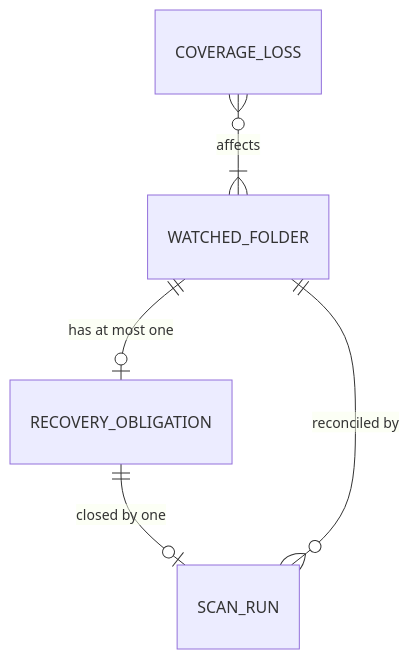
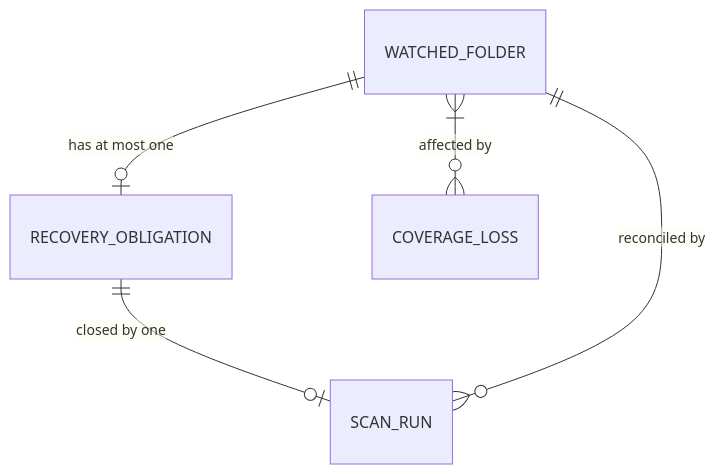
The second of 2 diagrams in docs/specs/2026-11-04-fsevents-overload/2026-11-04-fsevents-overload-specification.md (getagentstudio/agentstudio), drawn with Mermaid before and after one commit. The commit also changed other lines of this file and 1 other file, not shown here.

````diff
--- a/docs/specs/2026-11-04-fsevents-overload/2026-11-04-fsevents-overload-specification.md
+++ b/docs/specs/2026-11-04-fsevents-overload/2026-11-04-fsevents-overload-specification.md
@@ -33,7 +33,7 @@
 ```mermaid
 erDiagram
   WATCHED_FOLDER ||--o| RECOVERY_OBLIGATION : "has at most one"
-  COVERAGE_LOSS }o--|{ WATCHED_FOLDER : "affects"
+  WATCHED_FOLDER }|--o{ COVERAGE_LOSS : "affected by"
   RECOVERY_OBLIGATION ||--o| SCAN_RUN : "closed by one"
   WATCHED_FOLDER ||--o{ SCAN_RUN : "reconciled by"
 ```
````
